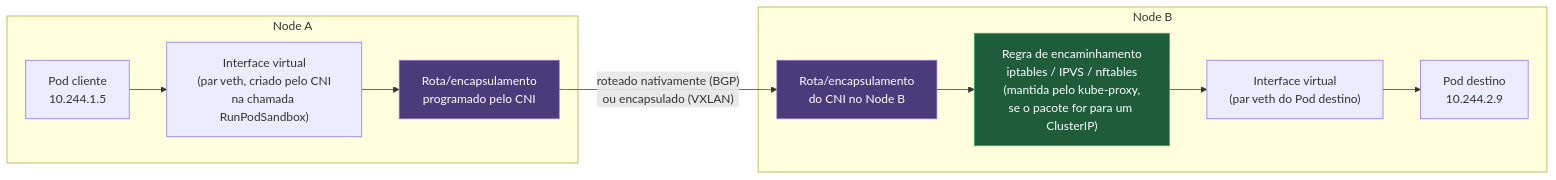
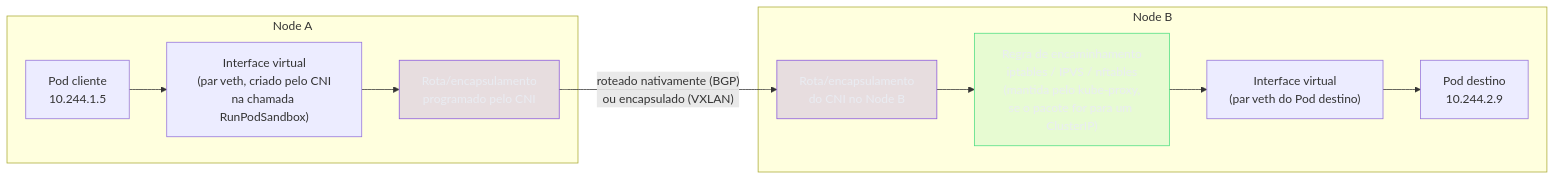
The fifth of 5 diagrams in 03-Dominios/Tecnologia/Infraestrutura/Kubernetes/20 - Rede do cluster por dentro.md (josenaldo/codex-technomanticus), drawn with Mermaid before and after one commit. The commit also changed other lines of this file and 1181 other files, not shown here.

First line of the commit message:
fix(diagramas): paleta do sistema no lugar de cor cravada no markdown

````diff
--- a/03-Dominios/Tecnologia/Infraestrutura/Kubernetes/20 - Rede do cluster por dentro.md
+++ b/03-Dominios/Tecnologia/Infraestrutura/Kubernetes/20 - Rede do cluster por dentro.md
@@ -384,19 +390,21 @@
 ```mermaid
 flowchart LR
+    classDef marca fill:#8855DF33,stroke:#8855DF,color:#E9ECF2
+    classDef ok fill:#4ADE8021,stroke:#4ADE80,color:#E9ECF2
     subgraph NodeA["Node A"]
         PodA["Pod cliente<br/>10.244.1.5"] --> VethA["Interface virtual<br/>(par veth, criado pelo CNI<br/>na chamada RunPodSandbox)"]
         VethA --> RouteA["Rota/encapsulamento<br/>programado pelo CNI"]
     end
 
     RouteA -->|"roteado nativamente (BGP)<br/>ou encapsulado (VXLAN)"| RouteB
 
     subgraph NodeB["Node B"]
         RouteB["Rota/encapsulamento<br/>do CNI no Node B"] --> Regra["Regra de encaminhamento<br/>iptables / IPVS / nftables<br/>(mantida pelo kube-proxy,<br/>se o pacote for para um ClusterIP)"]
         Regra --> VethB["Interface virtual<br/>(par veth do Pod destino)"]
         VethB --> PodB["Pod destino<br/>10.244.2.9"]
     end
 
-    style RouteA fill:#4a3b7a,stroke:#8e6fd6,color:#fff
-    style RouteB fill:#4a3b7a,stroke:#8e6fd6,color:#fff
-    style Regra fill:#1e5c3a,stroke:#27ae60,color:#fff
+    class RouteA marca
+    class RouteB marca
+    class Regra ok
 ```
````
